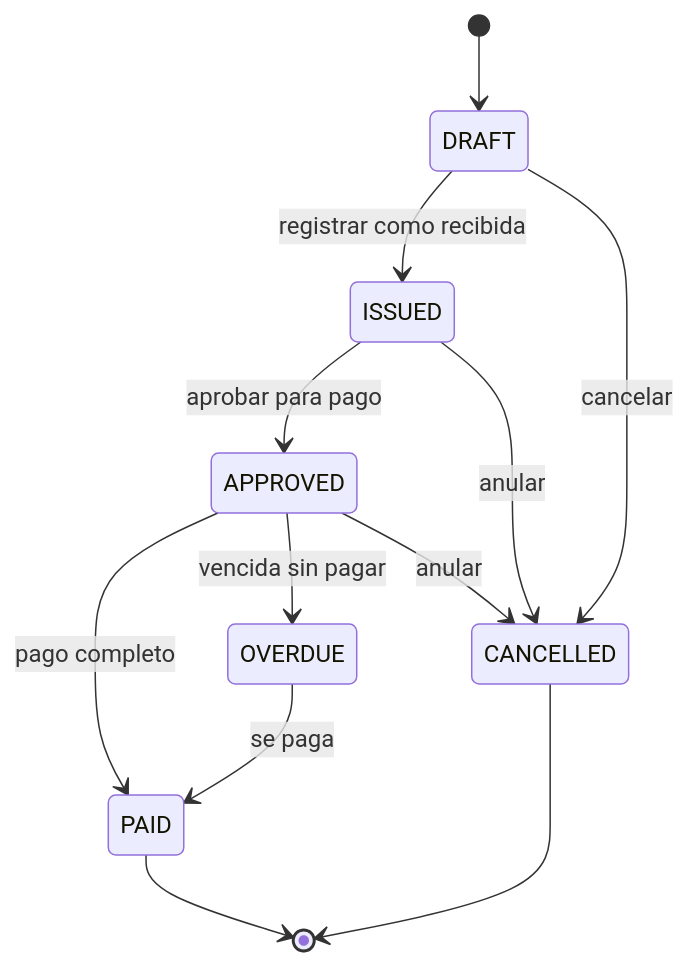
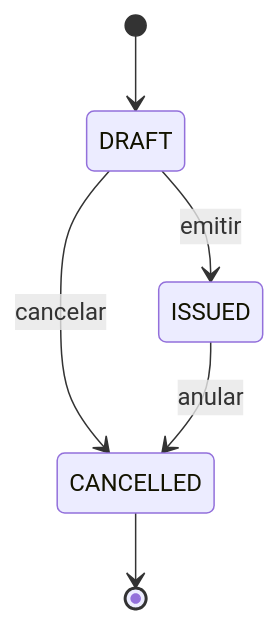
One commit to simonbravin/bloqer-v2 changed diagram 11 of 30 in docs/bloqer2.0/01-domain/STATE_MACHINES.md. Above: the diagram before and after it, drawn with Mermaid. The commit also changed other lines of this file and 62 other files, not shown here.

````diff
--- a/docs/bloqer2.0/01-domain/STATE_MACHINES.md
+++ b/docs/bloqer2.0/01-domain/STATE_MACHINES.md
@@ -394,14 +398,8 @@
 ```mermaid
 stateDiagram-v2
   [*] --> DRAFT
-  DRAFT --> ISSUED : registrar como recibida
+  DRAFT --> ISSUED : emitir
   DRAFT --> CANCELLED : cancelar
-  ISSUED --> APPROVED : aprobar para pago
   ISSUED --> CANCELLED : anular
-  APPROVED --> PAID : pago completo
-  APPROVED --> OVERDUE : vencida sin pagar
-  OVERDUE --> PAID : se paga
-  APPROVED --> CANCELLED : anular
-  PAID --> [*]
   CANCELLED --> [*]
 ```
````
